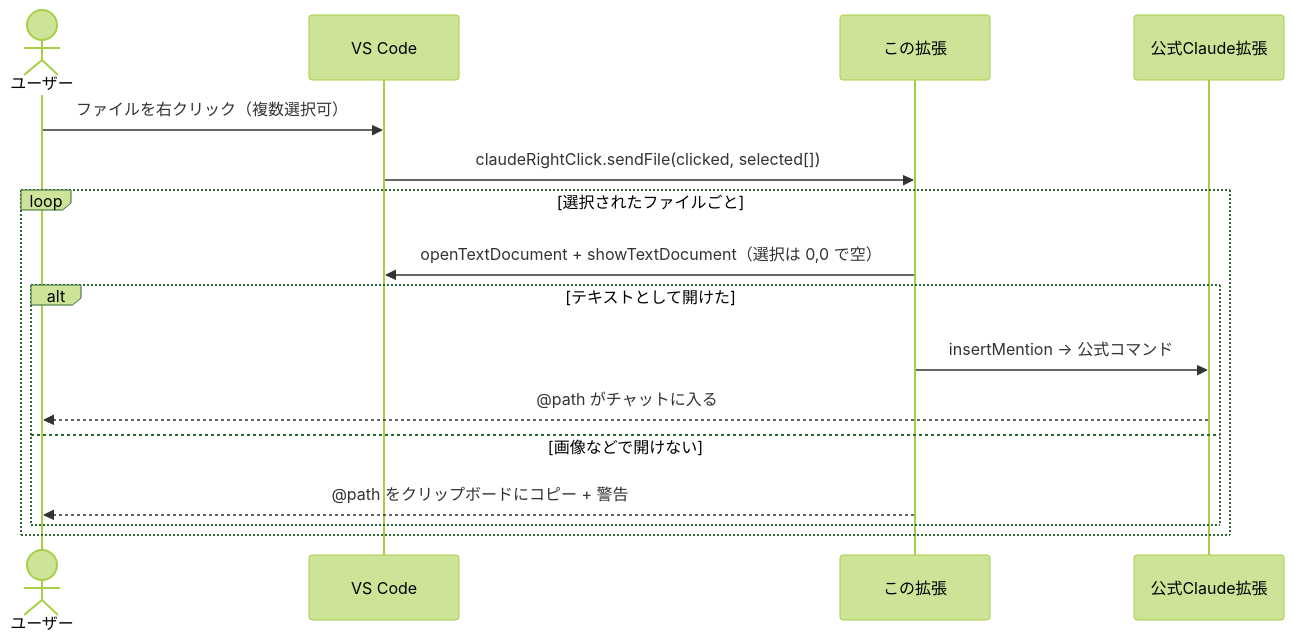
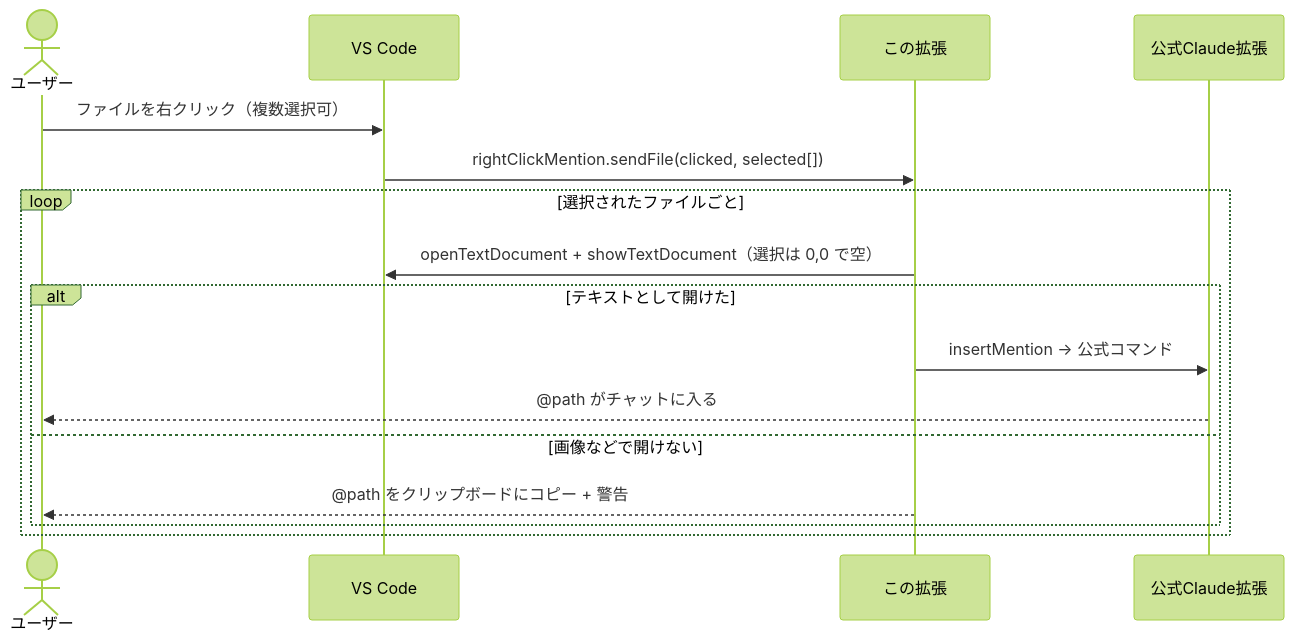
The fourth of 6 diagrams in docs/ARCHITECTURE.md (kip2/refs-to-chat), drawn with Mermaid (forest theme) before and after one commit. The commit also changed other lines of this file and 7 other files, not shown here.

````diff
--- a/docs/ARCHITECTURE.md
+++ b/docs/ARCHITECTURE.md
@@ -139,19 +139,19 @@
 ```mermaid
 sequenceDiagram
   actor U as ユーザー
   participant VS as VS Code
   participant E as この拡張
   participant C as 公式Claude拡張
 
   U->>VS: ファイルを右クリック（複数選択可）
-  VS->>E: claudeRightClick.sendFile(clicked, selected[])
+  VS->>E: rightClickMention.sendFile(clicked, selected[])
   loop 選択されたファイルごと
     E->>VS: openTextDocument + showTextDocument（選択は 0,0 で空）
     alt テキストとして開けた
       E->>C: insertMention → 公式コマンド
       C-->>U: @path がチャットに入る
     else 画像などで開けない
       E-->>U: @path をクリップボードにコピー + 警告
     end
   end
 ```
````
